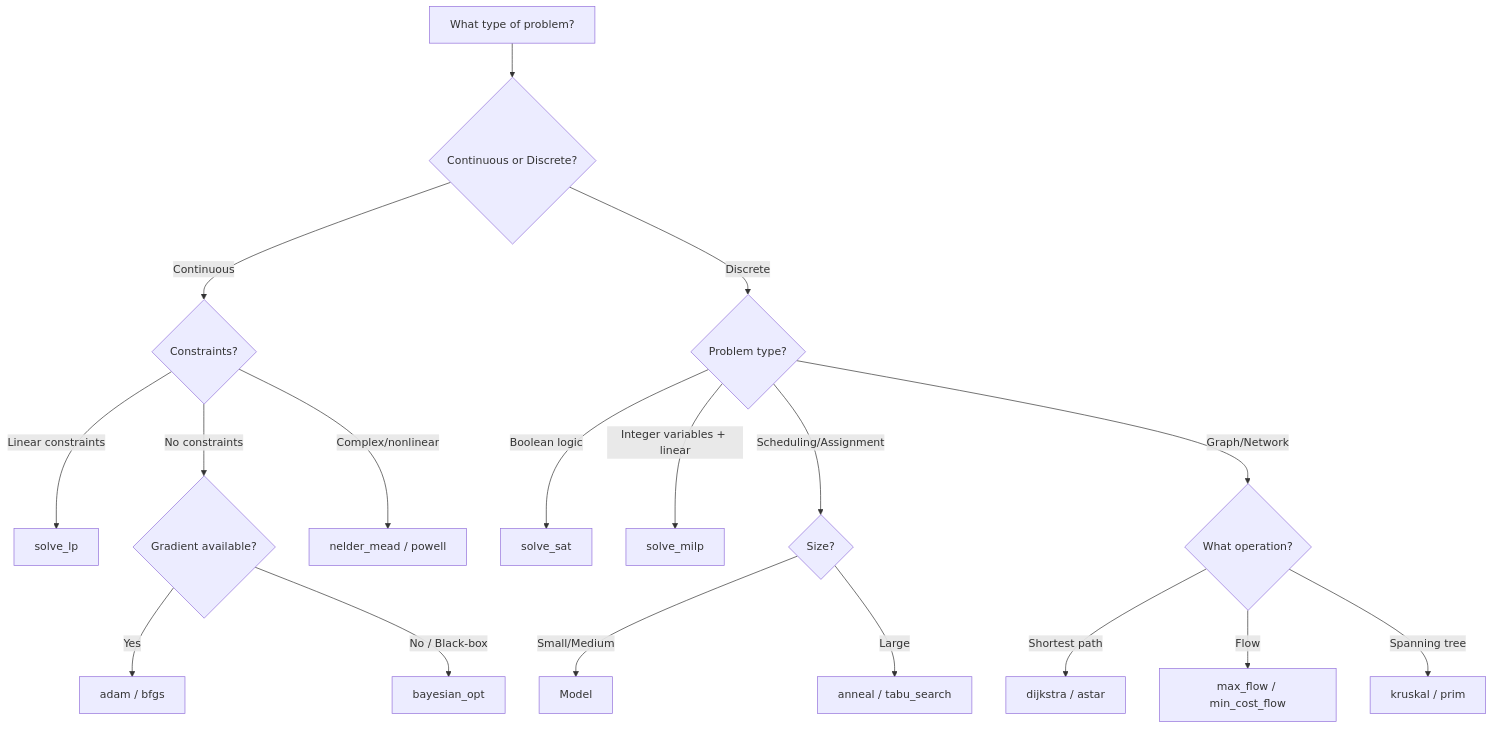
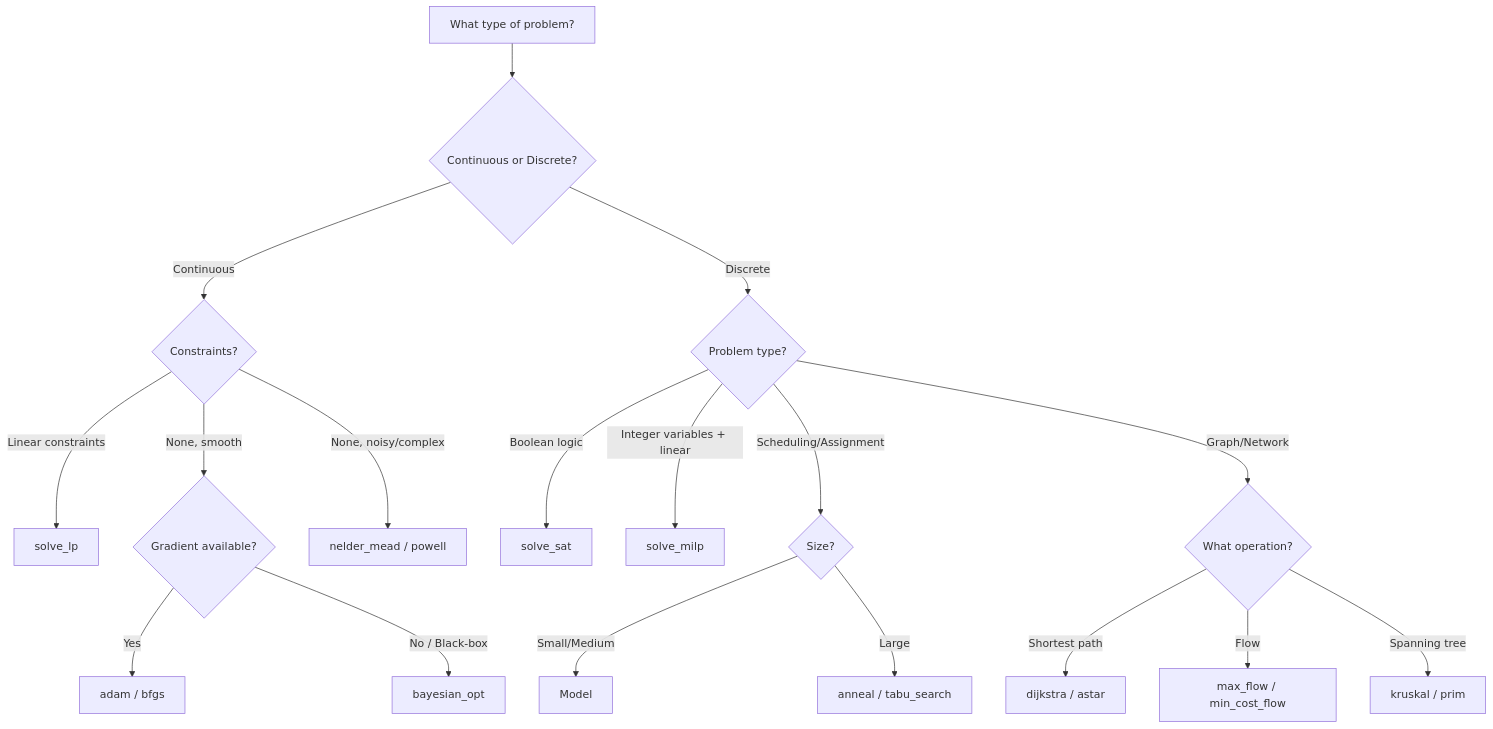
One commit to StevenBtw/solvOR changed the diagram in docs/getting-started/choosing-solver.md. Above: the diagram before and after it, drawn with Mermaid. The commit also changed other lines of this file, not shown here.

Commit message:
Small nuance in decision tree

````diff
--- a/docs/getting-started/choosing-solver.md
+++ b/docs/getting-started/choosing-solver.md
@@ -7,25 +7,25 @@
 ```mermaid
 flowchart TD
     A[What type of problem?] --> B{Continuous or Discrete?}
     B -->|Continuous| C{Constraints?}
     B -->|Discrete| D{Problem type?}
 
     C -->|Linear constraints| E[solve_lp]
-    C -->|No constraints| F{Gradient available?}
-    C -->|Complex/nonlinear| G[nelder_mead / powell]
+    C -->|None, smooth| F{Gradient available?}
+    C -->|None, noisy/complex| G[nelder_mead / powell]
 
     F -->|Yes| H[adam / bfgs]
     F -->|No / Black-box| I[bayesian_opt]
 
     D -->|Boolean logic| J[solve_sat]
     D -->|Integer variables + linear| K[solve_milp]
     D -->|Scheduling/Assignment| L{Size?}
     D -->|Graph/Network| M{What operation?}
 
     L -->|Small/Medium| N[Model]
     L -->|Large| O[anneal / tabu_search]
 
     M -->|Shortest path| P[dijkstra / astar]
     M -->|Flow| Q[max_flow / min_cost_flow]
     M -->|Spanning tree| R[kruskal / prim]
 ```
````
